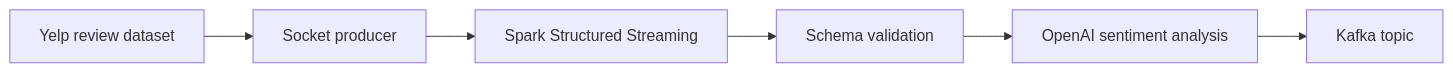
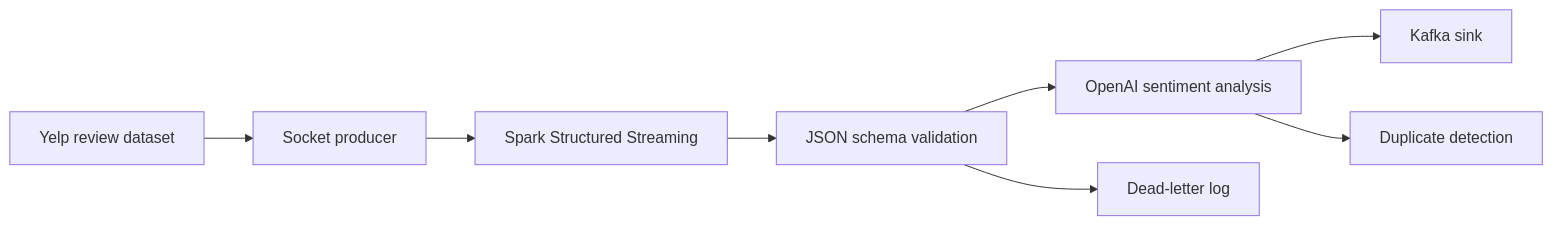
Before and after one commit to rafaeljyokondostudy/spark-realtime-streaming: the diagram in README.md, drawn with Mermaid. The commit also changed other lines of this file, not shown here.

````diff
--- a/README.md
+++ b/README.md
@@ -20,8 +15,10 @@
 ```mermaid
 flowchart LR
     A["Yelp review dataset"] --> B["Socket producer"]
     B --> C["Spark Structured Streaming"]
-    C --> D["Schema validation"]
+    C --> D["JSON schema validation"]
     D --> E["OpenAI sentiment analysis"]
-    E --> F["Kafka topic"]
+    E --> F["Kafka sink"]
+    D --> G["Dead-letter log"]
+    E --> H["Duplicate detection"]
 ```
````
